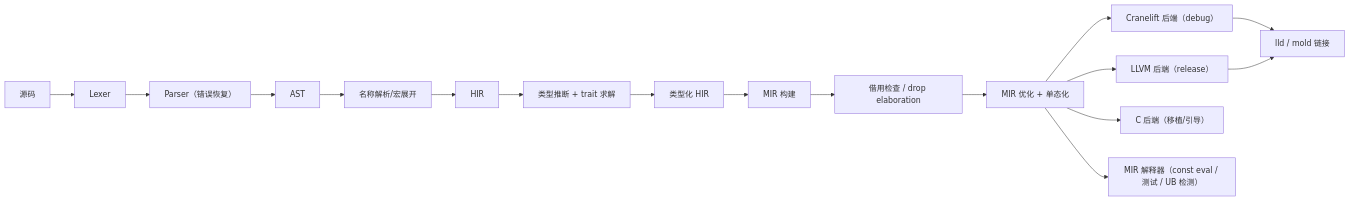
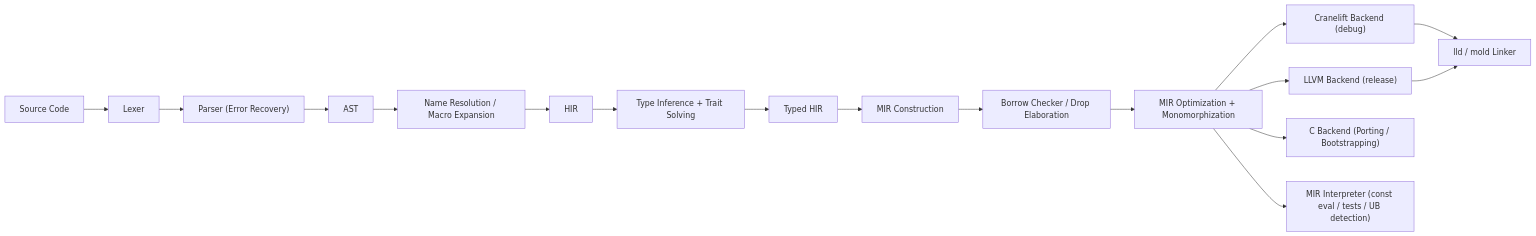
Before and after one commit to bdprk/Ae: the first of 2 diagrams in docs/plan.md, drawn with Mermaid. The commit also changed other lines of this file and 121 other files, not shown here.

````diff
--- a/docs/plan.md
+++ b/docs/plan.md
@@ -155,14 +155,14 @@
 ```mermaid
 flowchart LR
-    SRC["源码"] --> LEX["Lexer"] --> PARSE["Parser（错误恢复）"] --> AST
-    AST --> RES["名称解析/宏展开"] --> HIR
-    HIR --> TY["类型推断 + trait 求解"] --> THIR["类型化 HIR"]
-    THIR --> MIR["MIR 构建"] --> BCK["借用检查 / drop elaboration"]
-    BCK --> OPT["MIR 优化 + 单态化"]
-    OPT --> CL["Cranelift 后端（debug）"]
-    OPT --> LL["LLVM 后端（release）"]
-    OPT --> CB["C 后端（移植/引导）"]
-    OPT --> INTERP["MIR 解释器（const eval / 测试 / UB 检测）"]
-    CL --> LINK["lld / mold 链接"]
+    SRC["Source Code"] --> LEX["Lexer"] --> PARSE["Parser (Error Recovery)"] --> AST
+    AST --> RES["Name Resolution / Macro Expansion"] --> HIR
+    HIR --> TY["Type Inference + Trait Solving"] --> THIR["Typed HIR"]
+    THIR --> MIR["MIR Construction"] --> BCK["Borrow Checker / Drop Elaboration"]
+    BCK --> OPT["MIR Optimization + Monomorphization"]
+    OPT --> CL["Cranelift Backend (debug)"]
+    OPT --> LL["LLVM Backend (release)"]
+    OPT --> CB["C Backend (Porting / Bootstrapping)"]
+    OPT --> INTERP["MIR Interpreter (const eval / tests / UB detection)"]
+    CL --> LINK["lld / mold Linker"]
     LL --> LINK
 ```
````
